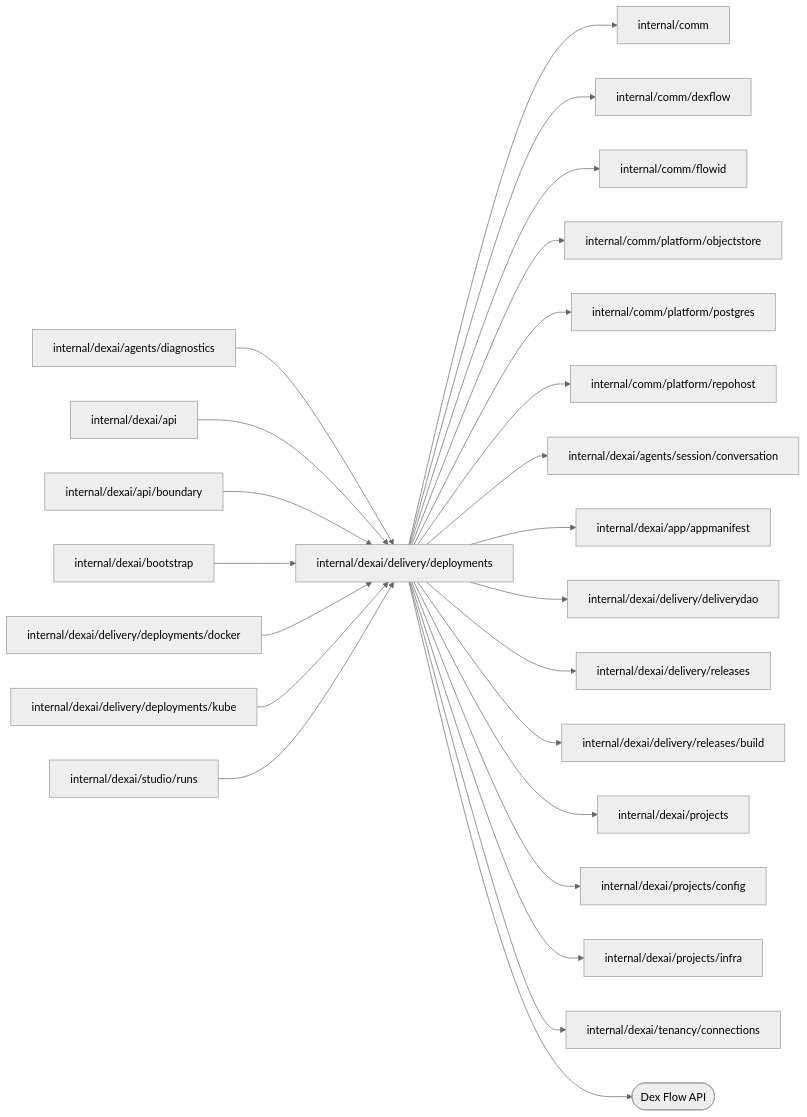
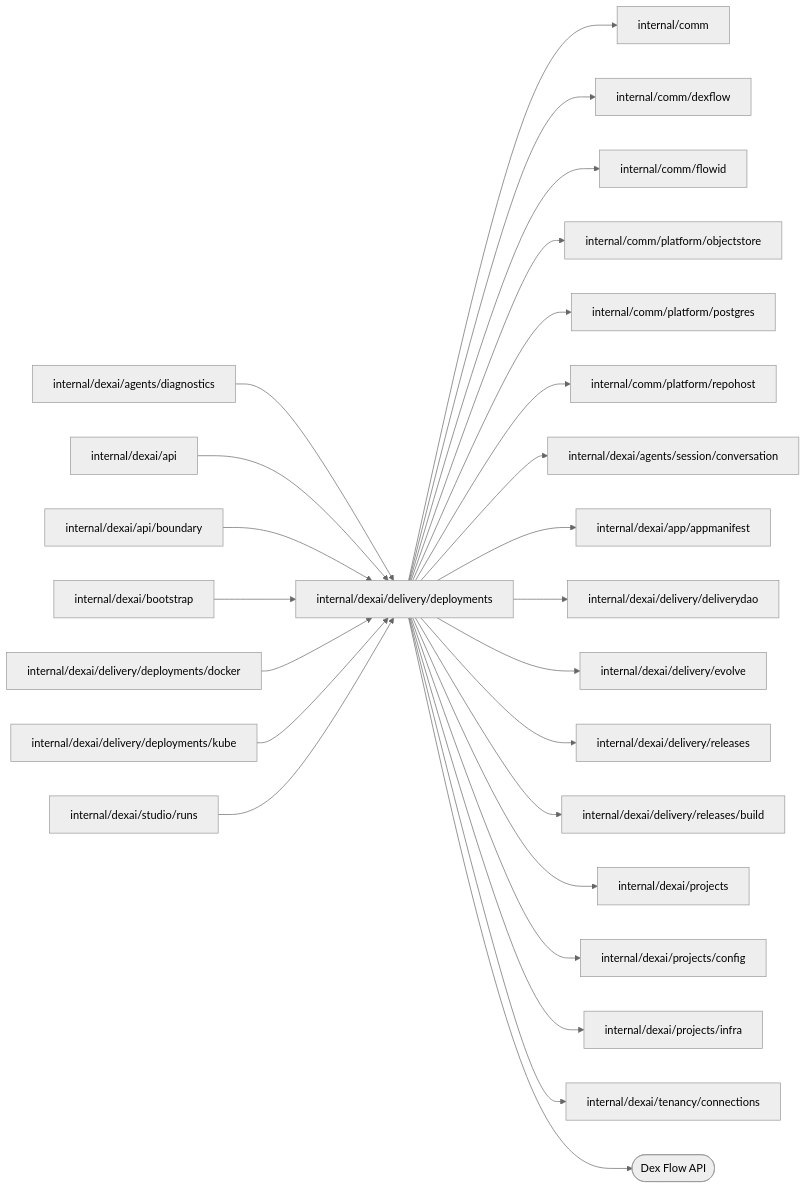
One commit to superdurable/superverse changed the diagram in internal/dexai/delivery/deployments/README.md. Above: the diagram before and after it, drawn with Mermaid (neutral theme). The commit also changed other lines of this file and 145 other files, not shown here.

````diff
--- a/internal/dexai/delivery/deployments/README.md
+++ b/internal/dexai/delivery/deployments/README.md
@@ -10,27 +10,28 @@
 ```mermaid
 flowchart LR
   self["internal/dexai/delivery/deployments"]
   c0["internal/dexai/agents/diagnostics"] --> self
   c1["internal/dexai/api"] --> self
   c2["internal/dexai/api/boundary"] --> self
   c3["internal/dexai/bootstrap"] --> self
   c4["internal/dexai/delivery/deployments/docker"] --> self
   c5["internal/dexai/delivery/deployments/kube"] --> self
   c6["internal/dexai/studio/runs"] --> self
   self --> d0["internal/comm"]
   self --> d1["internal/comm/dexflow"]
   self --> d2["internal/comm/flowid"]
   self --> d3["internal/comm/platform/objectstore"]
   self --> d4["internal/comm/platform/postgres"]
   self --> d5["internal/comm/platform/repohost"]
   self --> d6["internal/dexai/agents/session/conversation"]
   self --> d7["internal/dexai/app/appmanifest"]
   self --> d8["internal/dexai/delivery/deliverydao"]
-  self --> d9["internal/dexai/delivery/releases"]
-  self --> d10["internal/dexai/delivery/releases/build"]
-  self --> d11["internal/dexai/projects"]
-  self --> d12["internal/dexai/projects/config"]
-  self --> d13["internal/dexai/projects/infra"]
-  self --> d14["internal/dexai/tenancy/connections"]
+  self --> d9["internal/dexai/delivery/evolve"]
+  self --> d10["internal/dexai/delivery/releases"]
+  self --> d11["internal/dexai/delivery/releases/build"]
+  self --> d12["internal/dexai/projects"]
+  self --> d13["internal/dexai/projects/config"]
+  self --> d14["internal/dexai/projects/infra"]
+  self --> d15["internal/dexai/tenancy/connections"]
   self --> e0(["Dex Flow API"])
 ```
````
